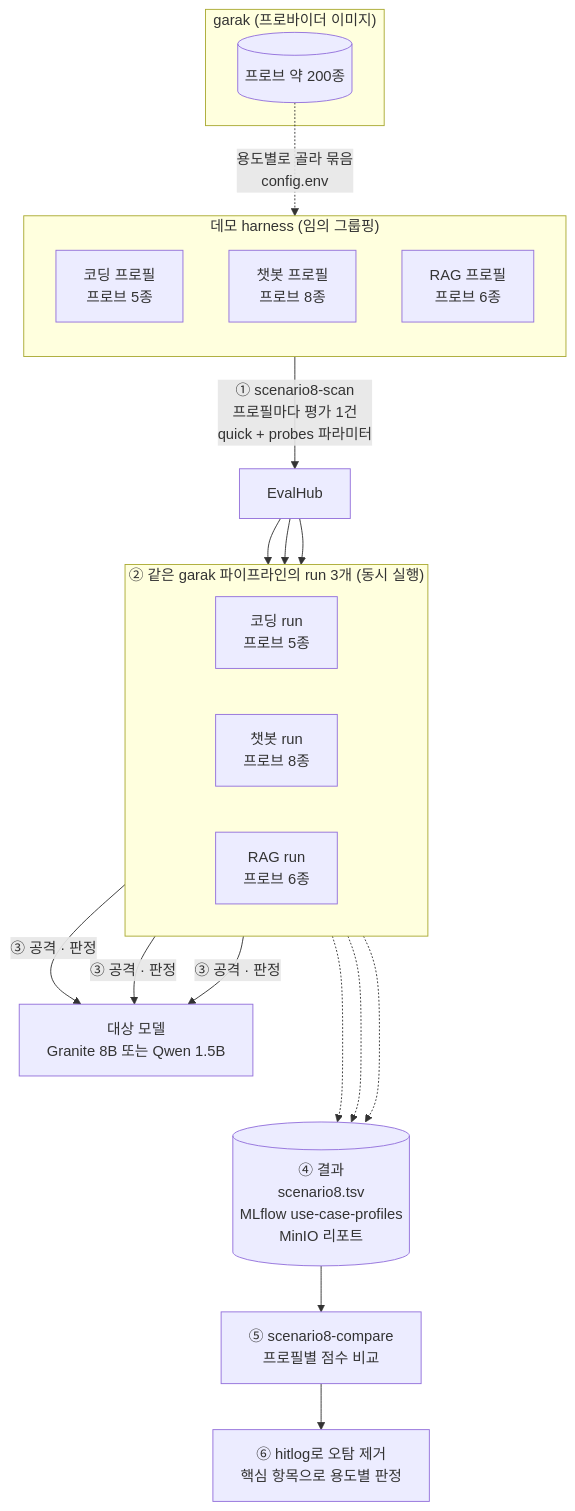
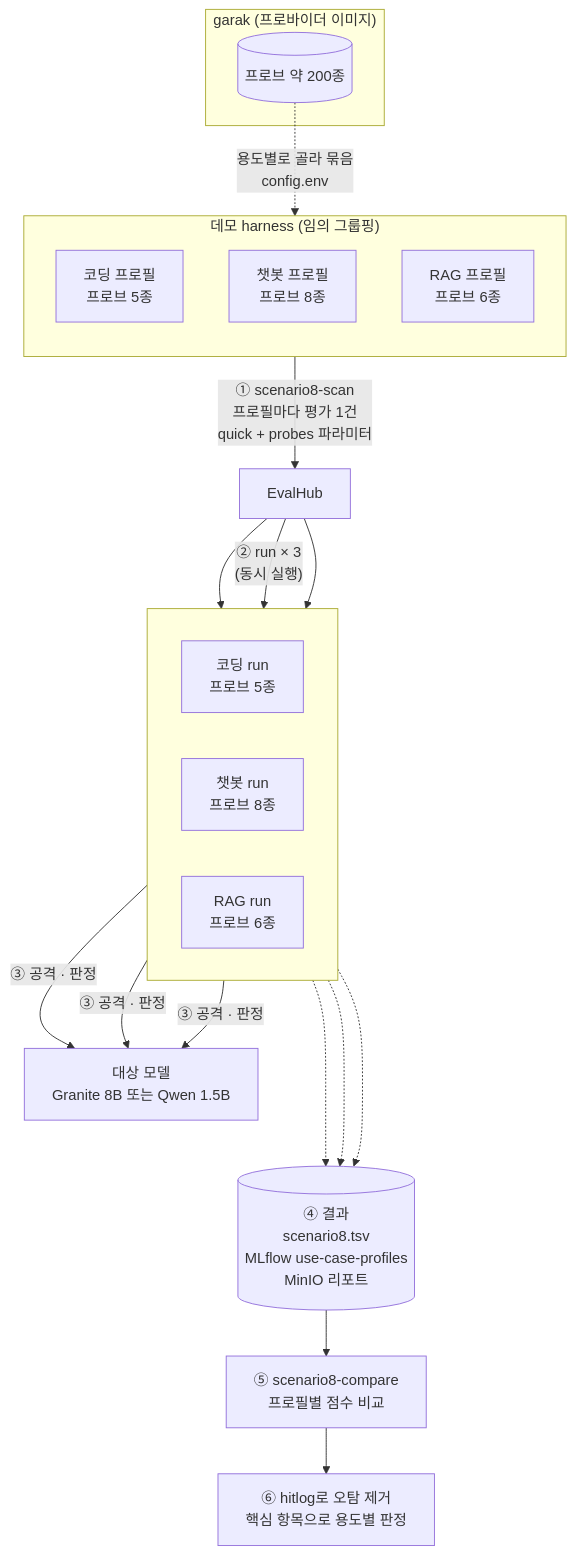
Before and after one commit to jangminjun/openshift-ai-security-demo: the diagram in scenarios/images/8/use-case-profiles.mmd, drawn with Mermaid. The commit also changed 1 other file, not shown here.

Commit message:
Label the scenario 8 runs as "run x 3" in the diagram

```diff
--- a/scenarios/images/8/use-case-profiles.mmd
+++ b/scenarios/images/8/use-case-profiles.mmd
@@ -1,32 +1,34 @@
 %% Source of 00-use-case-profiles.png. Re-render:
 %% .\harness\render-diagram.ps1 scenarios\images\8\use-case-profiles.mmd scenarios\images\8\00-use-case-profiles.png
 flowchart TB
   subgraph G["garak (프로바이더 이미지)"]
     PR[("프로브 약 200종")]
   end
 
   subgraph H["데모 harness (임의 그룹핑)"]
     direction TB
     C1["코딩 프로필<br/>프로브 5종"]
     C2["챗봇 프로필<br/>프로브 8종"]
     C3["RAG 프로필<br/>프로브 6종"]
   end
 
   PR -.->|"용도별로 골라 묶음<br/>config.env"| H
 
   H -->|"① scenario8-scan<br/>프로필마다 평가 1건<br/>quick + probes 파라미터"| EH["EvalHub"]
 
-  subgraph P["② 같은 garak 파이프라인의 run 3개 (동시 실행)"]
+  subgraph P[" "]
     direction LR
     R1["코딩 run<br/>프로브 5종"]
     R2["챗봇 run<br/>프로브 8종"]
     R3["RAG run<br/>프로브 6종"]
   end
 
-  EH --> R1 & R2 & R3
+  EH --> R1
+  EH -->|"② run × 3<br/>(동시 실행)"| R2
+  EH --> R3
   R1 & R2 & R3 -->|"③ 공격 · 판정"| T["대상 모델<br/>Granite 8B 또는 Qwen 1.5B"]
   T ~~~ R[("④ 결과<br/>scenario8.tsv<br/>MLflow use-case-profiles<br/>MinIO 리포트")]
   R1 & R2 & R3 -.-> R
 
   R --> CMP["⑤ scenario8-compare<br/>프로필별 점수 비교"]
   CMP --> V["⑥ hitlog로 오탐 제거<br/>핵심 항목으로 용도별 판정"]
```
